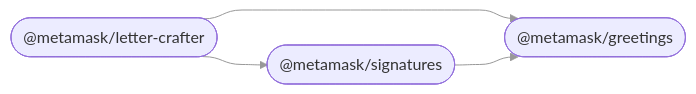
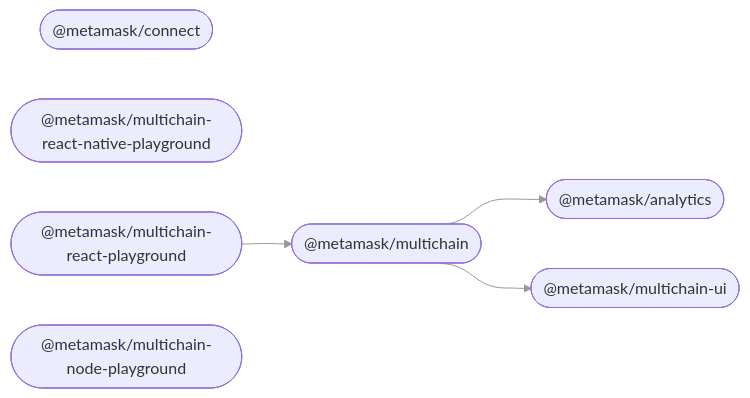
One commit to MetaMask/connect-monorepo changed the diagram in README.md. Above: the diagram before and after it, drawn with Mermaid. The commit also changed other lines of this file and 257 other files, not shown here.

````diff
--- a/README.md
+++ b/README.md
@@ -46,11 +50,15 @@
 ```mermaid
 %%{ init: { 'flowchart': { 'curve': 'bumpX' } } }%%
 graph LR;
 linkStyle default opacity:0.5
-  greetings(["@metamask/greetings"]);
-  letter_crafter(["@metamask/letter-crafter"]);
-  signatures(["@metamask/signatures"]);
-  letter_crafter --> greetings;
-  letter_crafter --> signatures;
-  signatures --> greetings;
+  analytics(["@metamask/analytics"]);
+  connect(["@metamask/connect"]);
+  multichain(["@metamask/multichain"]);
+  multichain_react_native_playground(["@metamask/multichain-react-native-playground"]);
+  multichain_ui(["@metamask/multichain-ui"]);
+  multichain_react_playground(["@metamask/multichain-react-playground"]);
+  multichain_node_playground(["@metamask/multichain-node-playground"]);
+  multichain --> analytics;
+  multichain --> multichain_ui;
+  multichain_react_playground --> multichain;
 ```
````
